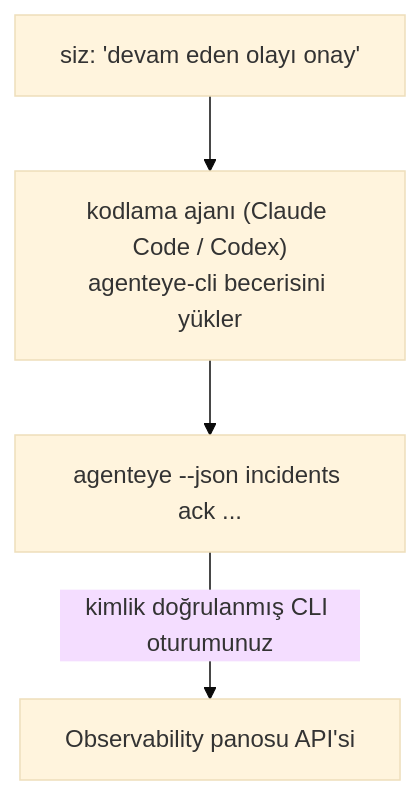
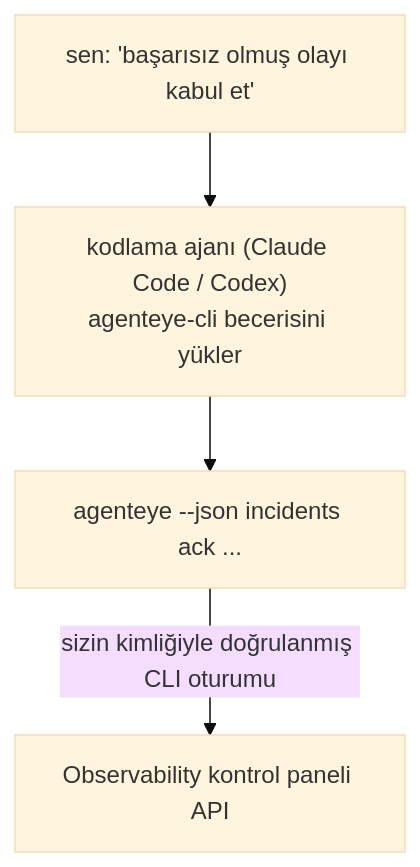
The diagram in docs/tr/agenteye/cli-skill.mdx (FailproofAI/failproofai), drawn with Mermaid (base theme) before and after one commit. The commit also changed other lines of this file and 650 other files, not shown here.

````diff
--- a/docs/tr/agenteye/cli-skill.mdx
+++ b/docs/tr/agenteye/cli-skill.mdx
@@ -29,6 +28,6 @@
 ```mermaid
 flowchart TD
-    YOU["siz: 'devam eden olayı onay'"] --> AGENT["kodlama ajanı (Claude Code / Codex)<br/>agenteye-cli becerisini yükler"]
+    YOU["sen: 'başarısız olmuş olayı kabul et'"] --> AGENT["kodlama ajanı (Claude Code / Codex)<br/>agenteye-cli becerisini yükler"]
     AGENT --> CLI["agenteye --json incidents ack ..."]
-    CLI -->|kimlik doğrulanmış CLI oturumunuz| API["Observability panosu API'si"]
+    CLI -->|sizin kimliğiyle doğrulanmış CLI oturumu| API["Observability kontrol paneli API"]
 ```
````
